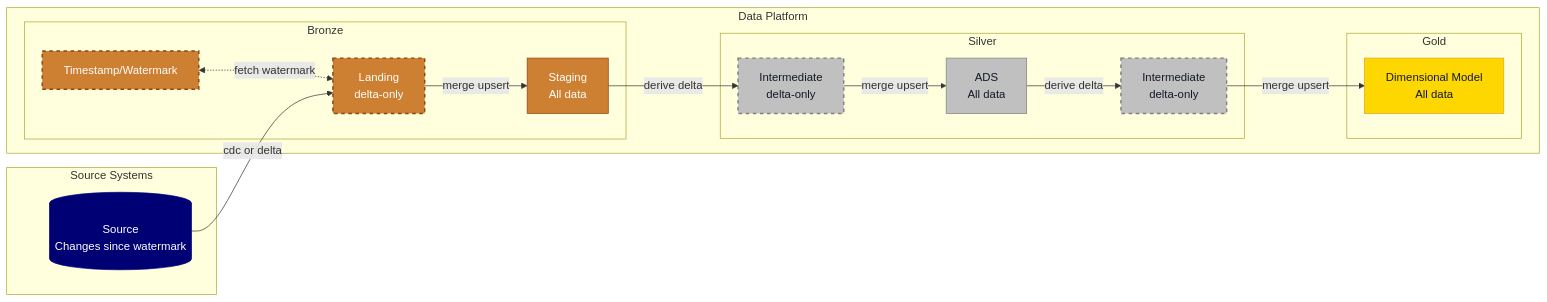
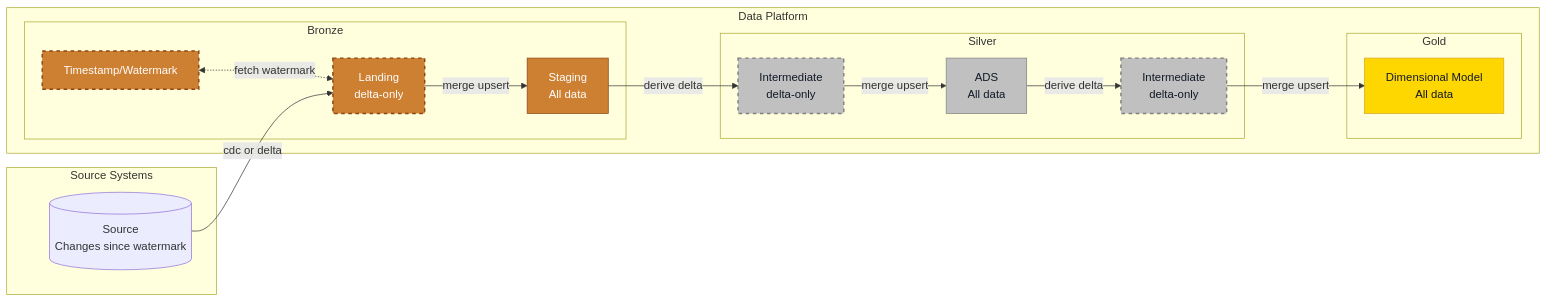
Before and after one commit to PlainsightPro/Vision-Playbook: the second of 2 diagrams in docs/technical-guidelines/architectural-principles/data-sources-and-data-loading.md, drawn with Mermaid. The commit also changed other lines of this file and 62 other files, not shown here.

````diff
--- a/docs/technical-guidelines/architectural-principles/data-sources-and-data-loading.md
+++ b/docs/technical-guidelines/architectural-principles/data-sources-and-data-loading.md
@@ -80,40 +84,39 @@
 ```mermaid
 %%{init: { "flowchart": { "useMaxWidth": true } }}%%
 graph LR
   subgraph Source Systems
-    S[(Source<br/>Changes since watermark)]:::all
+    S[(Source<br/>Changes since watermark)]
   end
 
   subgraph Data Platform
     subgraph Bronze
       L[Landing<br/>delta-only]:::bronzeOptional
       W[Timestamp/Watermark]:::bronzeOptional
       B[Staging<br/>All data]:::bronze
     end
     subgraph Silver
       M1[Intermediate<br/>delta-only]:::silverOptional
       CONF[ADS<br/>All data]:::silver
       M2[Intermediate<br/>delta-only]:::silverOptional
     end
     subgraph Gold
       D[Dimensional Model<br/>All data]:::gold
     end
   end
 
 %% Flows
 W <-.->|fetch watermark| L
 S -->|cdc or delta| L
 L -->|merge upsert| B
 B -->|derive delta| M1
 M1 -->|merge upsert| CONF
 CONF -->|derive delta| M2
 M2 -->|merge upsert| D
 
 %% Styles
 classDef bronze fill:#CD7F32,stroke:#8B4513,stroke-width:1px,color:#FFFFFF;
 classDef bronzeOptional fill:#CD7F32,stroke:#8B4513,stroke-width:2px,stroke-dasharray:5 5,color:#FFFFFF;
 classDef silver fill:#C0C0C0,stroke:#808080,stroke-width:1px,color:#111827;
 classDef silverOptional fill:#C0C0C0,stroke:#808080,stroke-width:2px,stroke-dasharray:5 5,color:#111827;
 classDef gold fill:#FFD700,stroke:#DAA520,stroke-width:1px,color:#111827;
-classDef all fill:#000075,stroke:#000075,stroke-width:1px,color:#FFFFFF;
 ```
````
